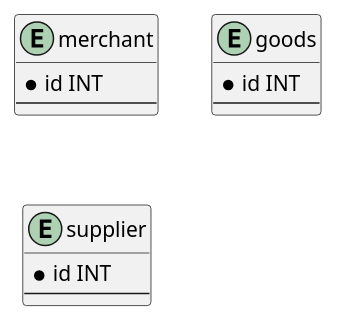
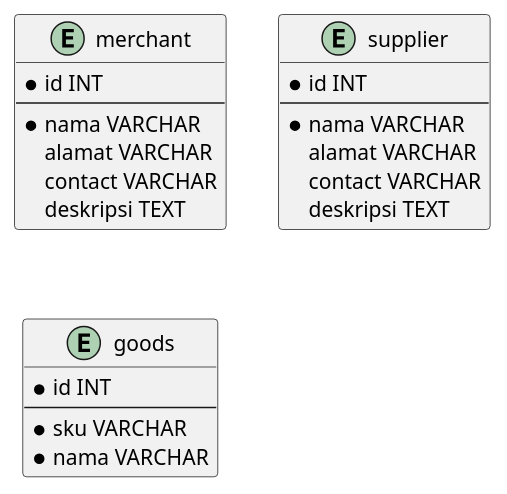
Before and after one commit to kaattuu/abucom_erd: the diagram in abucom_erd.puml, drawn with PlantUML.

Commit message:
feat(abucom_erd): addition of important attributes

```diff
--- a/abucom_erd.puml
+++ b/abucom_erd.puml
@@ -1,18 +1,28 @@
 @startuml
 
 entity merchant {
     * id INT
     --
+    * nama VARCHAR
+    alamat VARCHAR
+    contact VARCHAR
+    deskripsi TEXT
+}
+
+entity supplier {
+    * id INT
+    --
+    * nama VARCHAR
+    alamat VARCHAR
+    contact VARCHAR
+    deskripsi TEXT
 }
 
 entity goods {
     * id INT
     --
-}
-
-entity supplier {
-    * id INT
-    --
+    * sku VARCHAR
+    * nama VARCHAR
 }
 
 @enduml
```
